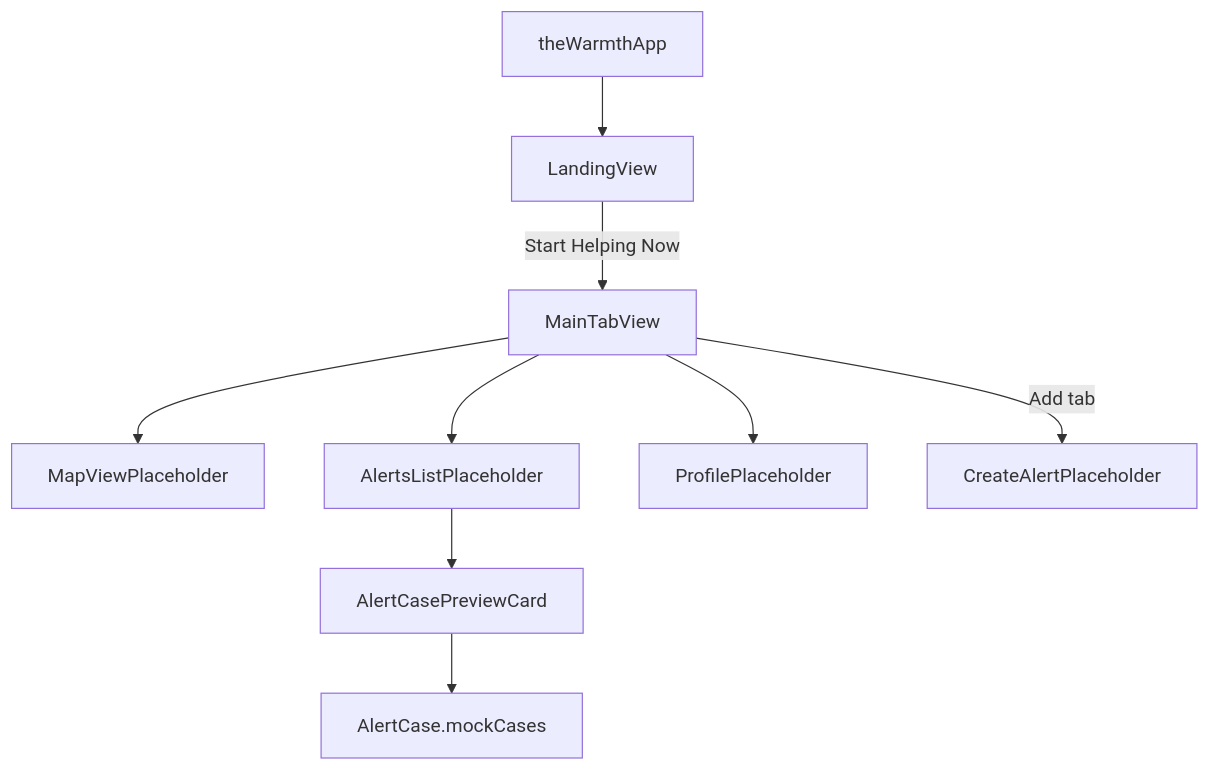
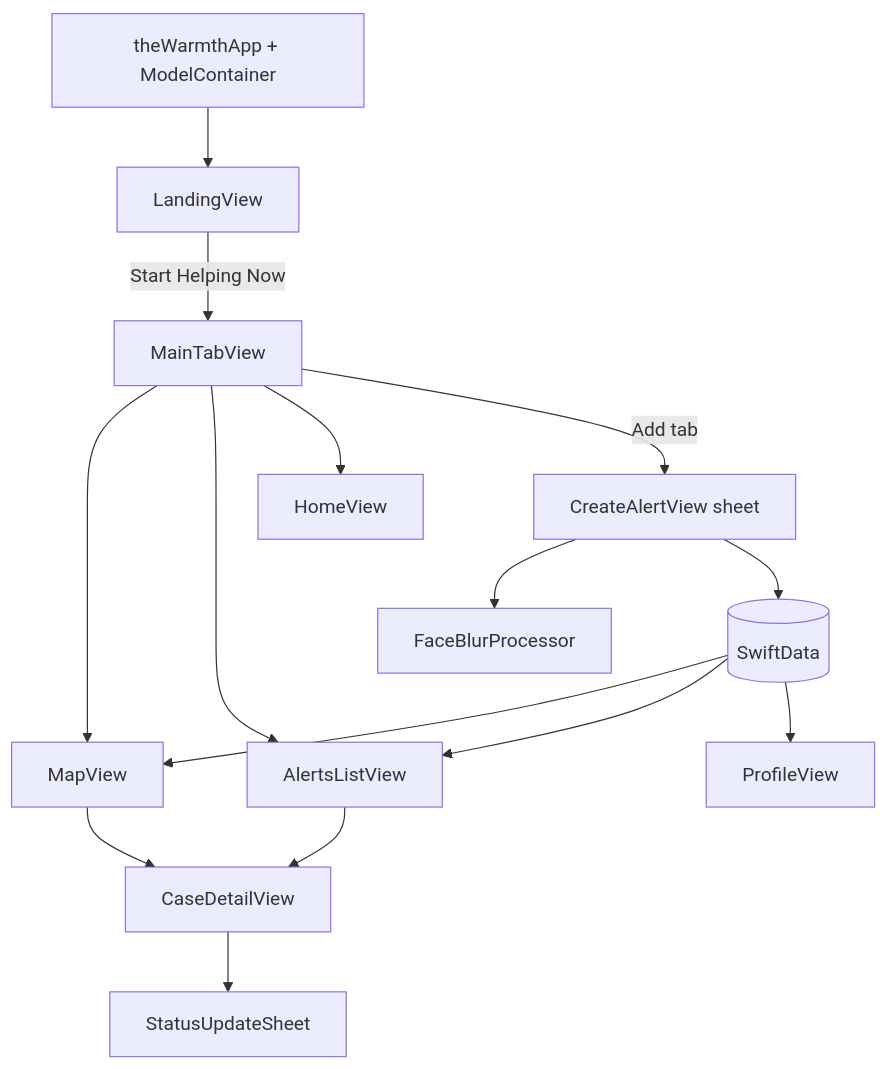
Before and after one commit to betallsoph/the-warmth: the first of 4 diagrams in README.md, drawn with Mermaid. The commit also changed other lines of this file, not shown here.

First line of the commit message:
Update the README to match what the app actually does now

````diff
--- a/README.md
+++ b/README.md
@@ -50,11 +56,17 @@
 ```mermaid
 flowchart TD
-    App["theWarmthApp"] --> Landing["LandingView"]
+    App["theWarmthApp + ModelContainer"] --> Landing["LandingView"]
     Landing -->|"Start Helping Now"| Tabs["MainTabView"]
-    Tabs --> Map["MapViewPlaceholder"]
-    Tabs --> Cases["AlertsListPlaceholder"]
-    Tabs --> Profile["ProfilePlaceholder"]
-    Tabs -->|"Add tab"| Sheet["CreateAlertPlaceholder"]
-    Cases --> Cards["AlertCasePreviewCard"]
-    Cards --> Mock["AlertCase.mockCases"]
+    Tabs --> Map["MapView"]
+    Tabs --> Cases["AlertsListView"]
+    Tabs --> Home["HomeView"]
+    Tabs -->|"Add tab"| Create["CreateAlertView sheet"]
+    Create --> Blur["FaceBlurProcessor"]
+    Map --> Detail["CaseDetailView"]
+    Cases --> Detail
+    Detail --> Status["StatusUpdateSheet"]
+    Create --> Store[("SwiftData")]
+    Store --> Map
+    Store --> Cases
+    Store --> Profile["ProfileView"]
 ```
````
